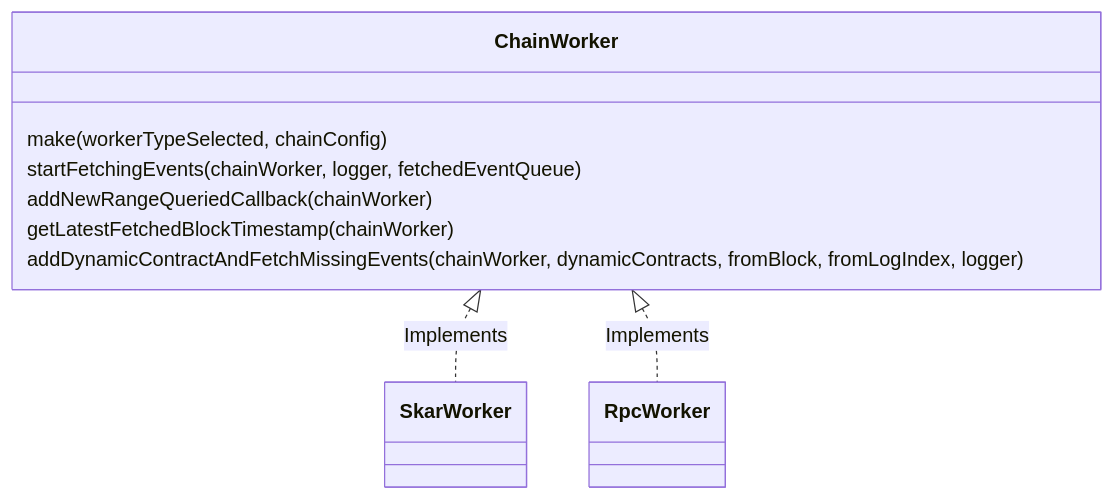
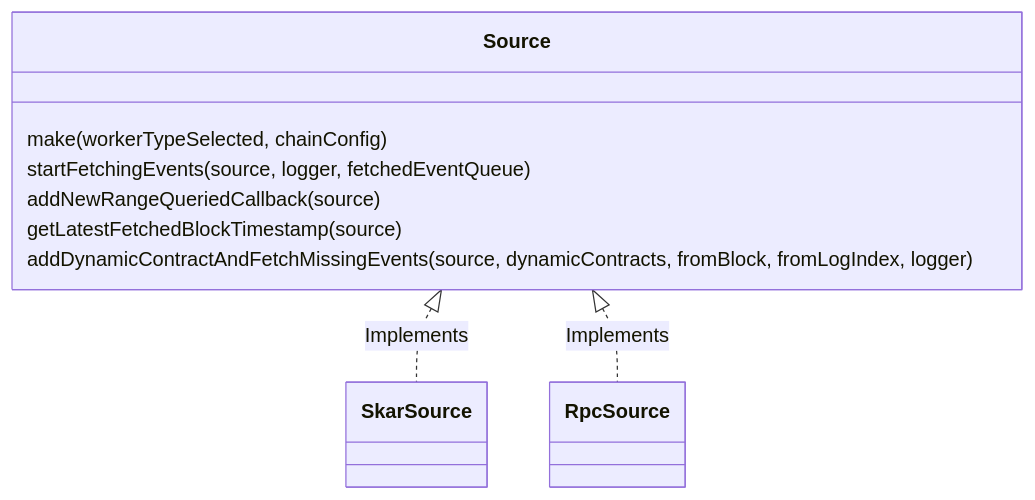
Before and after one commit to enviodev/hyperindex: the third of 3 diagrams in internal_docs/EventFetchers.md, drawn with Mermaid. The commit also changed other lines of this file and 23 other files, not shown here.

First line of the commit message:
Rename chain worker to source and make it a record (#432)

````diff
--- a/internal_docs/EventFetchers.md
+++ b/internal_docs/EventFetchers.md
@@ -51,12 +51,12 @@
 ```mermaid
 classDiagram
-  class ChainWorker {
+  class Source {
     make(workerTypeSelected, chainConfig)
-    startFetchingEvents(chainWorker, logger, fetchedEventQueue)
-    addNewRangeQueriedCallback(chainWorker)
-    getLatestFetchedBlockTimestamp(chainWorker)
-    addDynamicContractAndFetchMissingEvents(chainWorker, dynamicContracts, fromBlock, fromLogIndex, logger)
+    startFetchingEvents(source, logger, fetchedEventQueue)
+    addNewRangeQueriedCallback(source)
+    getLatestFetchedBlockTimestamp(source)
+    addDynamicContractAndFetchMissingEvents(source, dynamicContracts, fromBlock, fromLogIndex, logger)
   }
-  ChainWorker <|.. SkarWorker : Implements
-  ChainWorker <|.. RpcWorker : Implements
+  Source <|.. SkarSource : Implements
+  Source <|.. RpcSource : Implements
 ```
````
